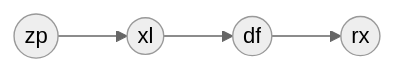
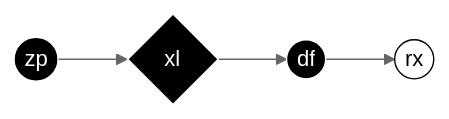
The second of 2 diagrams in 2023/day-20/README.md (MichaelBrunn3r/advent-of-code), drawn with Mermaid (neutral theme) before and after one commit. The commit also changed other lines of this file and 4 other files, not shown here.

````diff
--- a/2023/day-20/README.md
+++ b/2023/day-20/README.md
@@ -88,4 +93,7 @@
 ```mermaid
 flowchart LR
-    zp((zp)) --> xl((xl)) --> df((df)) --> rx((rx))
+    zp((zp)):::conjunction --> xl{xl}:::inverter --> df((df)):::conjunction --> rx((rx)):::flipflop
+    classDef inverter fill:black,stroke:white,color:white;
+    classDef flipflop fill:white,stroke:black,color:black;
+    classDef conjunction fill:black,stroke:white,color:white;
 ```
````
